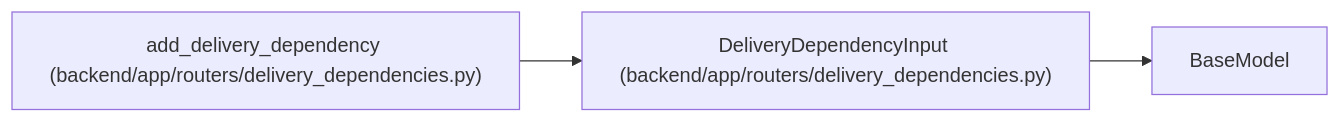
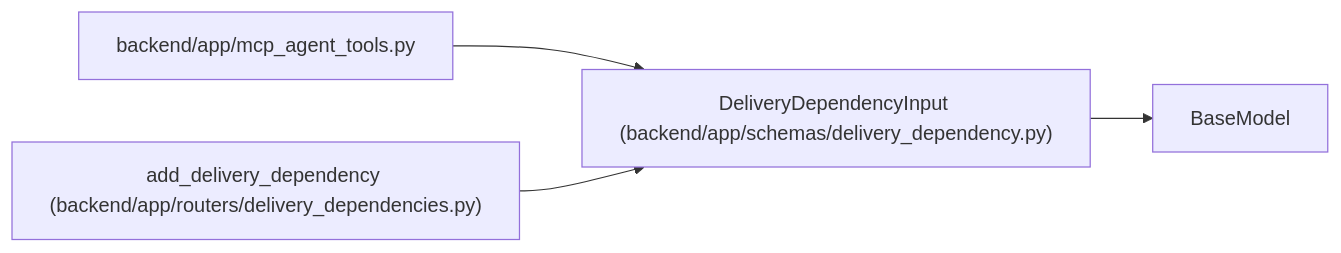
One commit to Denissvgn/WorkChord changed the diagram in docs/llm_wiki/entities/DeliveryDependencyInput.md. Above: the diagram before and after it, drawn with Mermaid. The commit also changed other lines of this file and 1420 other files, not shown here.

First line of the commit message:
Refresh the architectural wiki for the 1.10.0 changes

````diff
--- a/docs/llm_wiki/entities/DeliveryDependencyInput.md
+++ b/docs/llm_wiki/entities/DeliveryDependencyInput.md
@@ -28,10 +28,13 @@
 ```mermaid
 flowchart LR
-    n0["DeliveryDependencyInput (backend/app/routers/delivery_dependencies.py)"]
+    n0["DeliveryDependencyInput (backend/app/schemas/delivery_dependency.py)"]
     n1["BaseModel"]
-    n2["add_delivery_dependency (backend/app/routers/delivery_dependencies.py)"]
+    n2["backend/app/mcp_agent_tools.py"]
+    n3["add_delivery_dependency (backend/app/routers/delivery_dependencies.py)"]
     n0 --> n1
     n2 --> n0
-    click n0 "../modules/delivery_dependencies.md"
-    click n2 "../modules/delivery_dependencies.md"
+    n3 --> n0
+    click n0 "../modules/schemas_delivery_dependency.md"
+    click n2 "../modules/mcp_agent_tools.md"
+    click n3 "../modules/delivery_dependencies.md"
 ```
````
